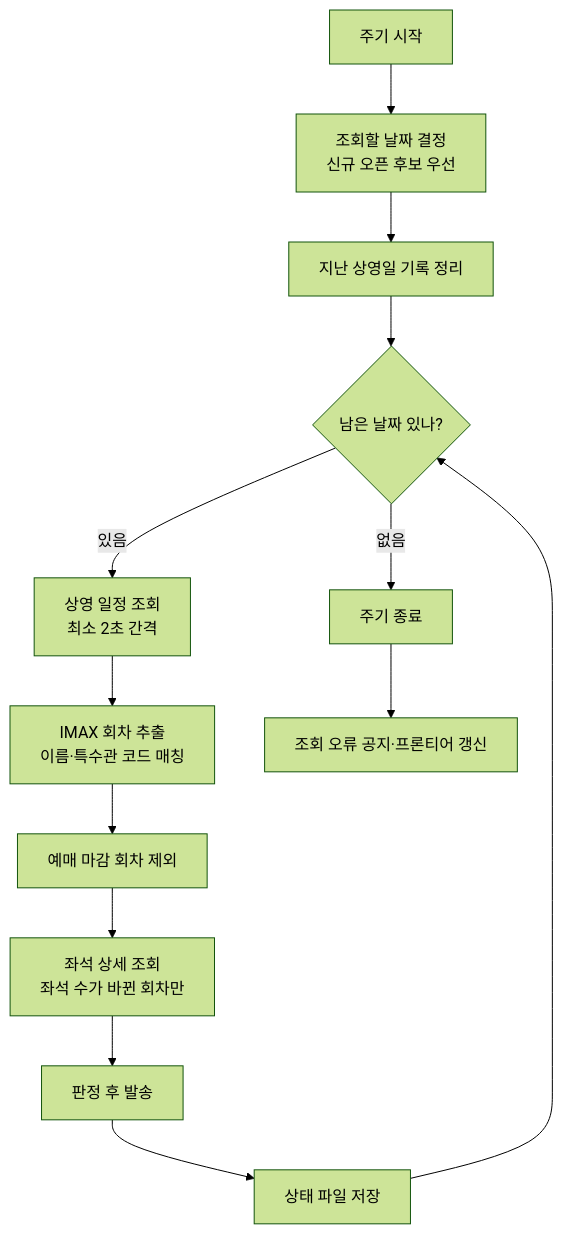
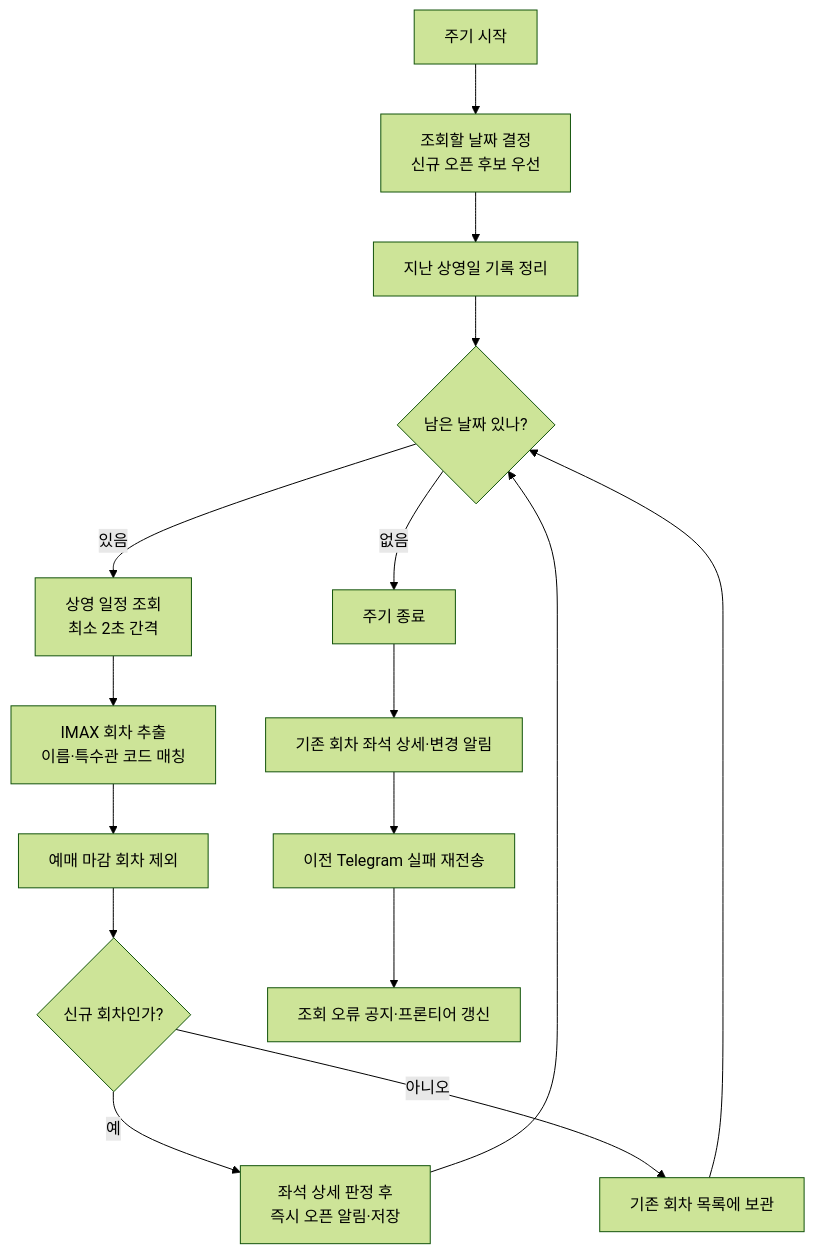
The first of 5 diagrams in docs/alert-flow.md (yuemyname/yongam-bot), drawn with Mermaid (forest theme) before and after one commit. The commit also changed other lines of this file and 3 other files, not shown here.

````diff
--- a/docs/alert-flow.md
+++ b/docs/alert-flow.md
@@ -11,15 +11,18 @@
 ```mermaid
 flowchart TD
     A[주기 시작] --> B[조회할 날짜 결정<br/>신규 오픈 후보 우선]
     B --> C[지난 상영일 기록 정리]
     C --> D{남은 날짜 있나?}
     D -->|없음| Z[주기 종료]
     D -->|있음| E[상영 일정 조회<br/>최소 2초 간격]
     E --> F[IMAX 회차 추출<br/>이름·특수관 코드 매칭]
     F --> G[예매 마감 회차 제외]
-    G --> H[좌석 상세 조회<br/>좌석 수가 바뀐 회차만]
-    H --> I[판정 후 발송]
-    I --> J[상태 파일 저장]
+    G --> H{신규 회차인가?}
+    H -->|예| I[좌석 상세 판정 후<br/>즉시 오픈 알림·저장]
+    H -->|아니오| J[기존 회차 목록에 보관]
+    I --> D
     J --> D
-    Z --> K[조회 오류 공지·프론티어 갱신]
+    Z --> K[기존 회차 좌석 상세·변경 알림]
+    K --> L[이전 Telegram 실패 재전송]
+    L --> M[조회 오류 공지·프론티어 갱신]
 ```
````
